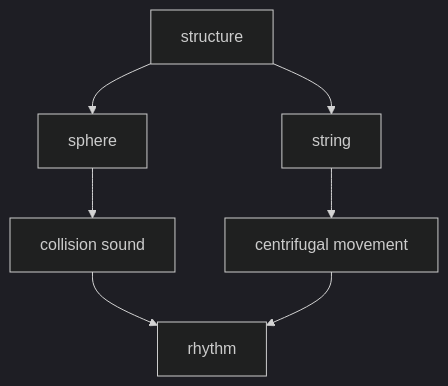
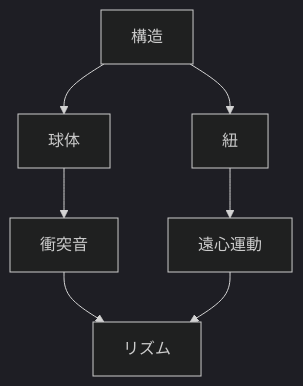
The first of 4 diagrams in en/_posts/2026-03-21-column-asalato.md (monumental-movement/monumental-movement.github.io), drawn with Mermaid (dark theme) before and after one commit. The commit also changed other lines of this file and 2196 other files, not shown here.

```diff
--- a/en/_posts/2026-03-21-column-asalato.md
+++ b/en/_posts/2026-03-21-column-asalato.md
@@ -78,9 +78,9 @@
 <div class="mermaid">
 graph TD
-A[structure] --> B[sphere]
-A --> C[string]
-B --> D[collision sound]
-C --> E[centrifugal movement]
-D --> F[rhythm]
+A[構造] --> B[球体]
+A --> C[紐]
+B --> D[衝突音]
+C --> E[遠心運動]
+D --> F[リズム]
 E --> F
 </div>
```
